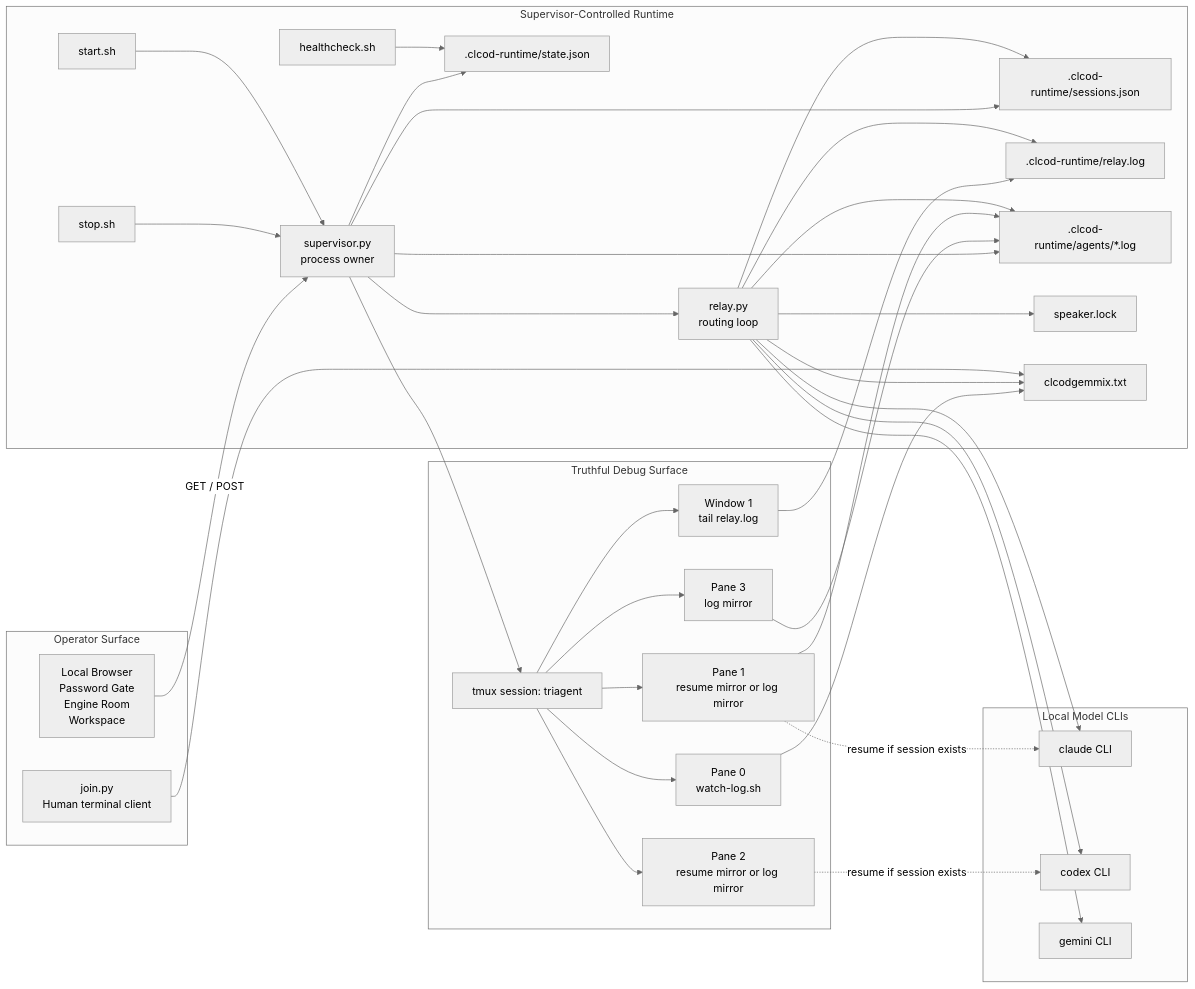
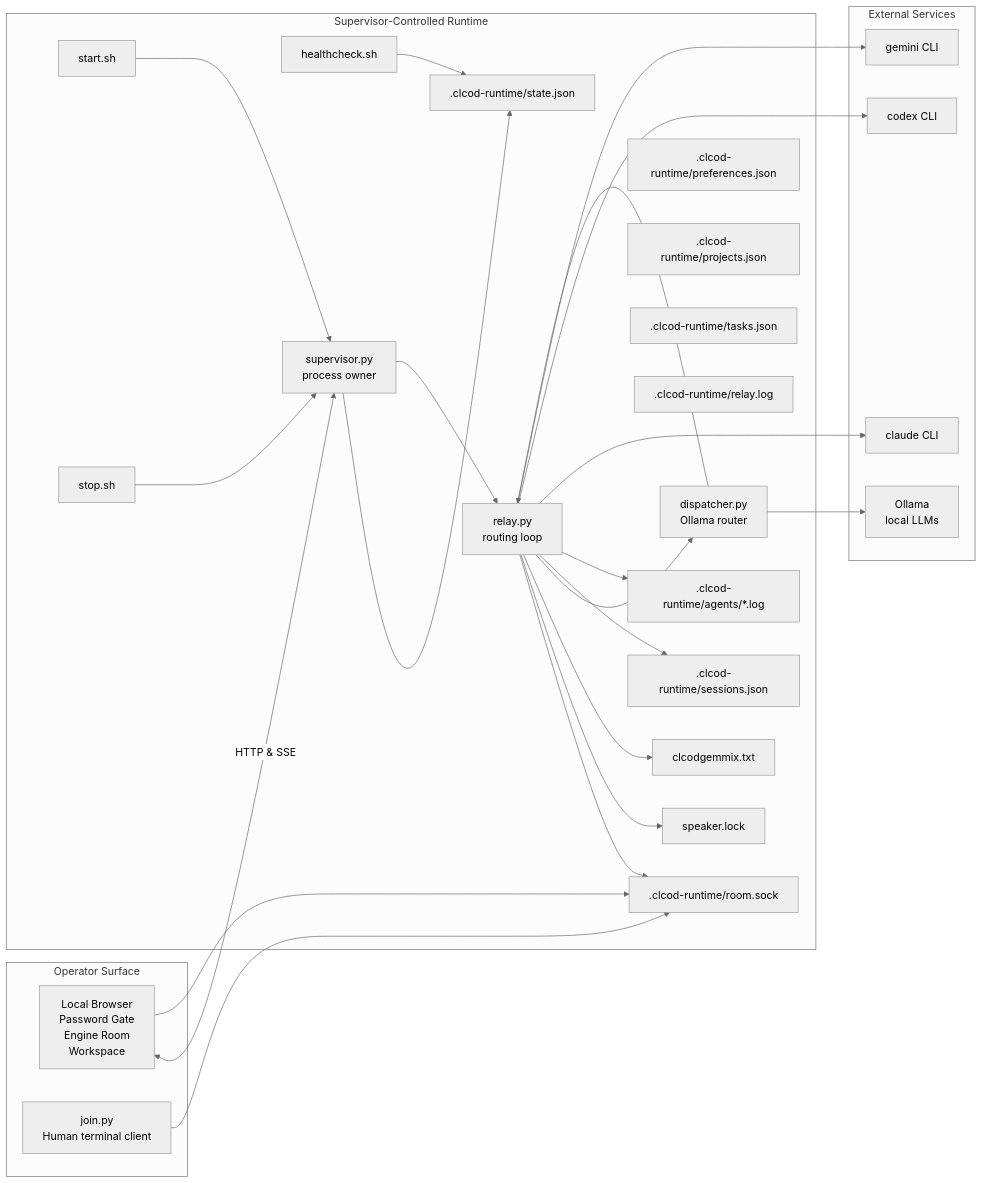
One commit to gUBII/clcod changed the first of 4 diagrams in README.md. Above: the diagram before and after it, drawn with Mermaid (neutral theme). The commit also changed other lines of this file and 4 other files, not shown here.

````diff
--- a/README.md
+++ b/README.md
@@ -108,66 +109,53 @@
 ```mermaid
 flowchart LR
     subgraph HumanSurface["Operator Surface"]
         Browser["Local Browser<br/>Password Gate<br/>Engine Room<br/>Workspace"]
         Join["join.py<br/>Human terminal client"]
     end
 
     subgraph ControlPlane["Supervisor-Controlled Runtime"]
         Start["start.sh"]
         Stop["stop.sh"]
         Health["healthcheck.sh"]
         Supervisor["supervisor.py<br/>process owner"]
         Relay["relay.py<br/>routing loop"]
+        Dispatcher["dispatcher.py<br/>Ollama router"]
         State[".clcod-runtime/state.json"]
         Sessions[".clcod-runtime/sessions.json"]
+        Prefs[".clcod-runtime/preferences.json"]
+        Projects[".clcod-runtime/projects.json"]
+        Tasks[".clcod-runtime/tasks.json"]
         RelayLog[".clcod-runtime/relay.log"]
         AgentLogs[".clcod-runtime/agents/*.log"]
         Lock["speaker.lock"]
         Transcript["clcodgemmix.txt"]
+        Socket[".clcod-runtime/room.sock"]
     end
 
-    subgraph DebugSurface["Truthful Debug Surface"]
-        Tmux["tmux session: triagent"]
-        WatchPane["Pane 0<br/>watch-log.sh"]
-        ClaudePane["Pane 1<br/>resume mirror or log mirror"]
-        CodexPane["Pane 2<br/>resume mirror or log mirror"]
-        GeminiPane["Pane 3<br/>log mirror"]
-        RuntimeWin["Window 1<br/>tail relay.log"]
-    end
-
-    subgraph AgentCLI["Local Model CLIs"]
+    subgraph External["External Services"]
+        Ollama["Ollama<br/>local LLMs"]
         Claude["claude CLI"]
         Codex["codex CLI"]
         Gemini["gemini CLI"]
     end
 
     Start --> Supervisor
     Stop --> Supervisor
     Health --> State
-    Browser -->|GET / POST| Supervisor
-    Join --> Transcript
+    Browser <-->|HTTP & SSE| Supervisor
+    Browser --> Socket
+    Join --> Socket
     Supervisor --> State
-    Supervisor --> Tmux
     Supervisor --> Relay
+    Relay --> Socket
     Relay --> Lock
     Relay --> Transcript
+    Relay --> Dispatcher
+    Dispatcher --> Ollama
+    Dispatcher --> Relay
     Relay --> Sessions
-    Relay --> RelayLog
     Relay --> AgentLogs
     Relay --> Claude
     Relay --> Codex
     Relay --> Gemini
-    Tmux --> WatchPane
-    Tmux --> ClaudePane
-    Tmux --> CodexPane
-    Tmux --> GeminiPane
-    Tmux --> RuntimeWin
-    WatchPane --> Transcript
-    ClaudePane --> AgentLogs
-    ClaudePane -.resume if session exists.-> Claude
-    CodexPane -.resume if session exists.-> Codex
-    GeminiPane --> AgentLogs
-    RuntimeWin --> RelayLog
-    Supervisor --> Sessions
-    Supervisor --> AgentLogs
 ```
````
